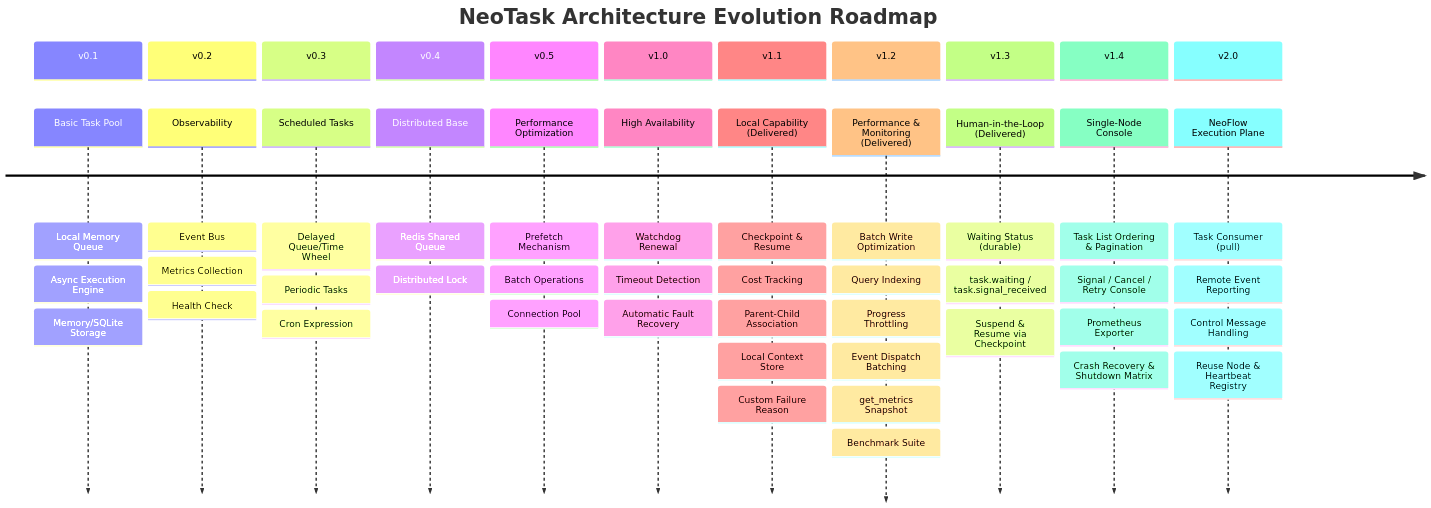
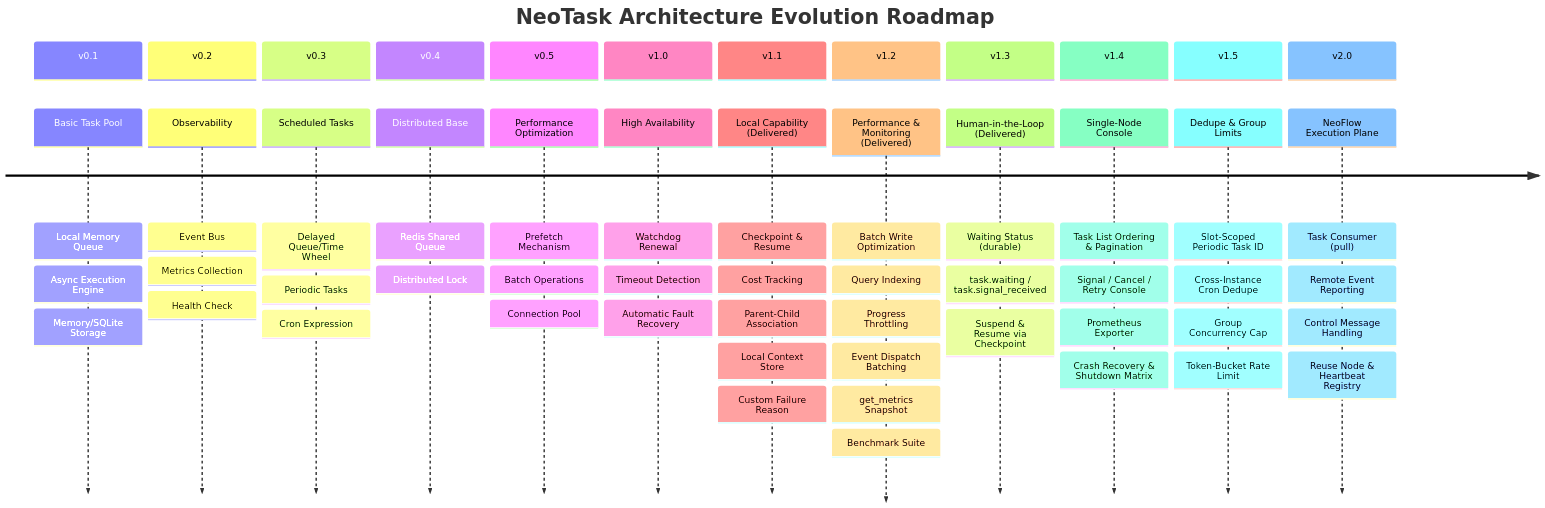
The second of 2 diagrams in README.md (neopen/neotask), drawn with Mermaid before and after one commit. The commit also changed 1 other file, not shown here.

Commit message:
docs(readme): 同步 v1.5 路线图区块
FR:
- 中英文 README 的 roadmap 时间线需要与 v1.5 规划保持一致。
AC:
- 两份 README 新增 v1.5 timeline 区块：slot 确定性任务 ID、跨实例 Cron 去重、分组并发上限、令牌桶速率限制；Mermaid 解析校验通过。

````diff
--- a/README.md
+++ b/README.md
@@ -166,65 +166,71 @@
 ```mermaid
 timeline
     title NeoTask Architecture Evolution Roadmap
 
     section v0.1
         Basic Task Pool : Local Memory Queue
                         : Async Execution Engine
                         : Memory/SQLite Storage
 
     section v0.2
         Observability : Event Bus
                       : Metrics Collection
                       : Health Check
 
     section v0.3
         Scheduled Tasks : Delayed Queue/Time Wheel
                         : Periodic Tasks
                         : Cron Expression
 
     section v0.4
         Distributed Base : Redis Shared Queue
                          : Distributed Lock
 
     section v0.5
         Performance Optimization : Prefetch Mechanism
                                 : Batch Operations
                                 : Connection Pool
 
     section v1.0
         High Availability : Watchdog Renewal
                           : Timeout Detection
                           : Automatic Fault Recovery
 
     section v1.1
         Local Capability (Delivered) : Checkpoint & Resume
                                      : Cost Tracking
                                      : Parent-Child Association
                                      : Local Context Store
                                      : Custom Failure Reason
 
     section v1.2
         Performance & Monitoring (Delivered) : Batch Write Optimization
                                 : Query Indexing
                                 : Progress Throttling
                                 : Event Dispatch Batching
                                 : get_metrics Snapshot
                                 : Benchmark Suite
 
     section v1.3
         Human-in-the-Loop (Delivered) : Waiting Status (durable)
                           : task.waiting / task.signal_received
                           : Suspend & Resume via Checkpoint
 
     section v1.4
         Single-Node Console : Task List Ordering & Pagination
                            : Signal / Cancel / Retry Console
                            : Prometheus Exporter
                            : Crash Recovery & Shutdown Matrix
 
+    section v1.5
+        Dedupe & Group Limits : Slot-Scoped Periodic Task ID
+                              : Cross-Instance Cron Dedupe
+                              : Group Concurrency Cap
+                              : Token-Bucket Rate Limit
+
     section v2.0
         NeoFlow Execution Plane: Task Consumer (pull)
                                           : Remote Event Reporting
                                           : Control Message Handling
                                           : Reuse Node & Heartbeat Registry
 ```
````
